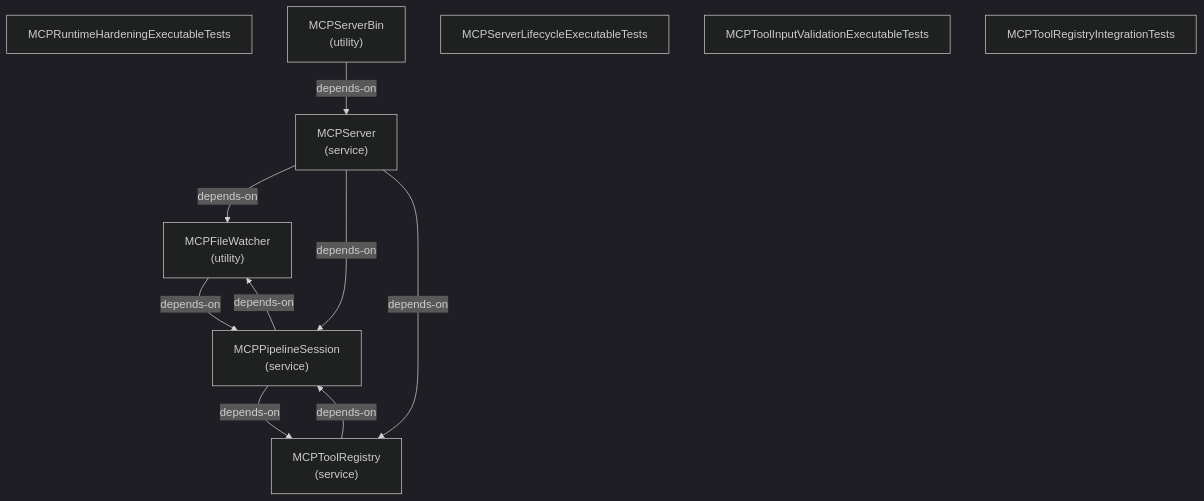
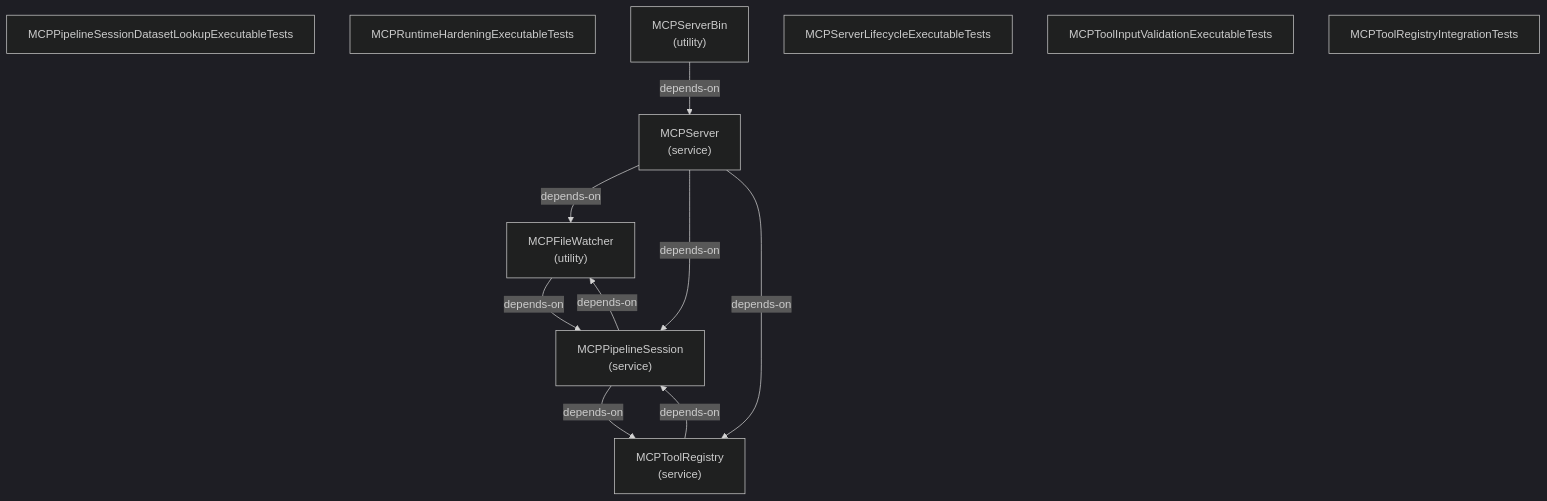
The sixth of 8 diagrams in docs-live/architecture/package-seam.md (libar-dev/architect), drawn with Mermaid (dark theme) before and after one commit. The commit also changed other lines of this file and 185 other files, not shown here.

Commit message:
refactor(architect): replace facade with frozen graph handle

````diff
--- a/docs-live/architecture/package-seam.md
+++ b/docs-live/architecture/package-seam.md
@@ -309,20 +317,21 @@
 ```mermaid
 graph TD
   mcpfilewatcher["MCPFileWatcher<br/>(utility)"]
   mcppipelinesession["MCPPipelineSession<br/>(service)"]
+  mcppipelinesessiondatasetlookupexecutabletests["MCPPipelineSessionDatasetLookupExecutableTests"]
   mcpruntimehardeningexecutabletests["MCPRuntimeHardeningExecutableTests"]
   mcpserver["MCPServer<br/>(service)"]
   mcpserverbin["MCPServerBin<br/>(utility)"]
   mcpserverlifecycleexecutabletests["MCPServerLifecycleExecutableTests"]
   mcptoolinputvalidationexecutabletests["MCPToolInputValidationExecutableTests"]
   mcptoolregistry["MCPToolRegistry<br/>(service)"]
   mcptoolregistryintegrationtests["MCPToolRegistryIntegrationTests"]
   mcpfilewatcher -->|depends-on| mcppipelinesession
   mcppipelinesession -->|depends-on| mcpfilewatcher
   mcppipelinesession -->|depends-on| mcptoolregistry
   mcpserver -->|depends-on| mcpfilewatcher
   mcpserver -->|depends-on| mcppipelinesession
   mcpserver -->|depends-on| mcptoolregistry
   mcpserverbin -->|depends-on| mcpserver
   mcptoolregistry -->|depends-on| mcppipelinesession
 ```
````
